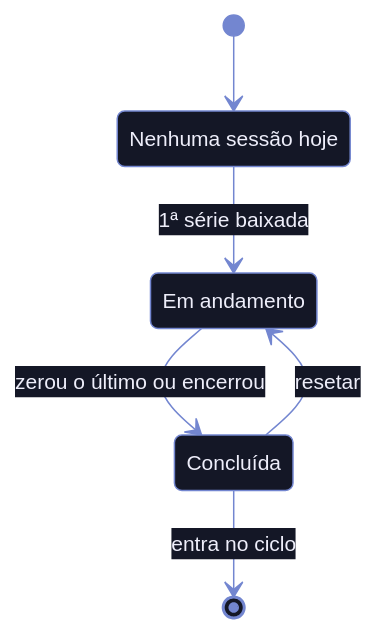
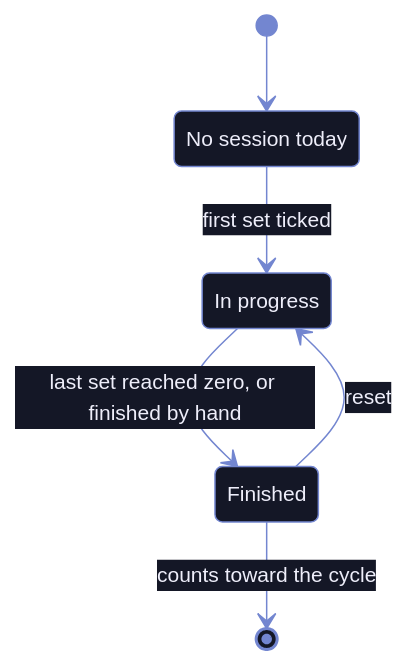
One commit to v-amorim/academia changed the second of 3 diagrams in README.md. Above: the diagram before and after it, drawn with Mermaid. The commit also changed other lines of this file and 19 other files, not shown here.

````diff
--- a/README.md
+++ b/README.md
@@ -100,48 +104,48 @@
 ```mermaid
 ---
 config:
   theme: base
   themeVariables:
     darkMode: true
     background: "#0D0E17"
     mainBkg: "#141726"
     primaryColor: "#141726"
     primaryTextColor: "#EEEEFA"
     primaryBorderColor: "#7386d0"
     secondaryColor: "#252A42"
     secondaryTextColor: "#EEEEFA"
     secondaryBorderColor: "#8A9BE0"
     tertiaryColor: "#7386D0"
     tertiaryTextColor: "#EEEEFA"
     tertiaryBorderColor: "#A2B0EA"
     lineColor: "#7386d0"
     textColor: "#EEEEFA"
     titleColor: "#EEEEFA"
     nodeBorder: "#7386d0"
     nodeTextColor: "#EEEEFA"
     clusterBkg: "#1C2033"
     clusterBorder: "#252A42"
     edgeLabelBackground: "#141726"
     noteBkgColor: "#7386D0"
     noteTextColor: "#EEEEFA"
     noteBorderColor: "#7386d0"
     arrowheadColor: "#7386d0"
     border1: "#7386d0"
     border2: "#7E86A4"
     errorBkgColor: "#7386D0"
     errorTextColor: "#EEEEFA"
     fontFamily: "Mulish, system-ui, sans-serif"
     fontSize: "14px"
 ---
 stateDiagram-v2
   direction TB
-  SemSessao: Nenhuma sessão hoje
-  EmAndamento: Em andamento
-  Concluida: Concluída
+  NoSession: No session today
+  InProgress: In progress
+  Finished: Finished
 
-  [*] --> SemSessao
-  SemSessao --> EmAndamento: 1ª série baixada
-  EmAndamento --> Concluida: zerou o último ou encerrou
-  Concluida --> EmAndamento: resetar
-  Concluida --> [*]: entra no ciclo
+  [*] --> NoSession
+  NoSession --> InProgress: first set ticked
+  InProgress --> Finished: last set reached zero, or finished by hand
+  Finished --> InProgress: reset
+  Finished --> [*]: counts toward the cycle
 ```
````
